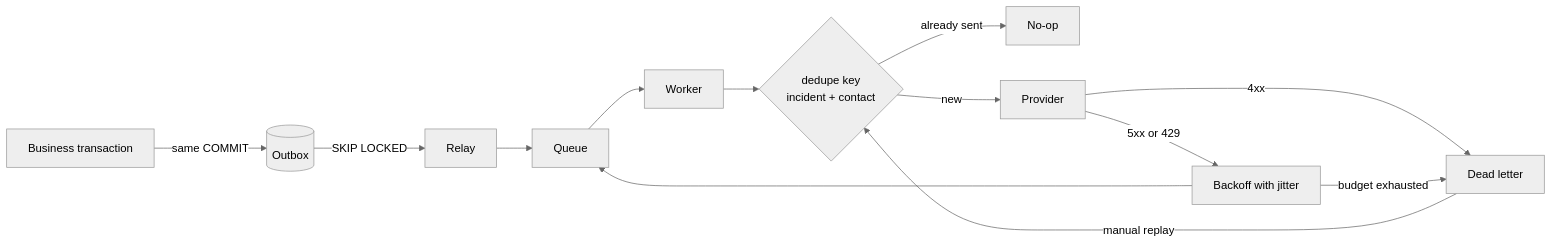
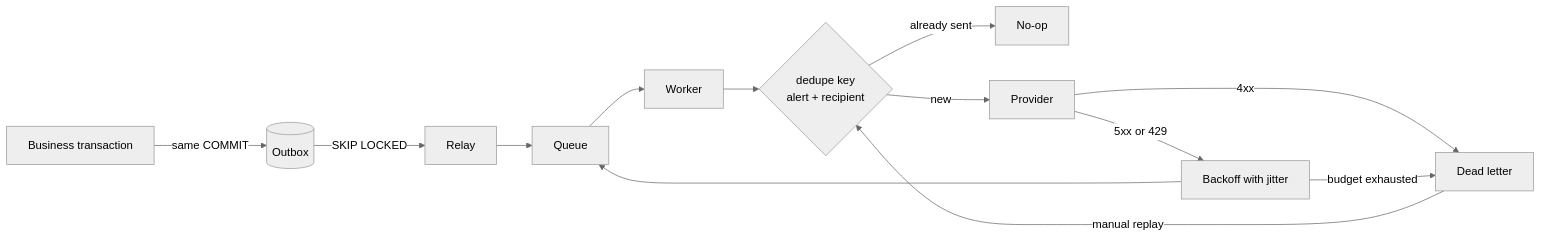
One commit to Sam12355/croppulse-alert-engine changed the diagram in README.md. Above: the diagram before and after it, drawn with Mermaid (neutral theme). The commit also changed other lines of this file and 26 other files, not shown here.

````diff
--- a/README.md
+++ b/README.md
@@ -32,15 +40,15 @@
 ```mermaid
 flowchart LR
     APP["Business transaction"] -->|"same COMMIT"| OUTBOX[("Outbox")]
     OUTBOX -->|"SKIP LOCKED"| RELAY["Relay"]
     RELAY --> QUEUE["Queue"]
     QUEUE --> WORKER["Worker"]
-    WORKER --> DEDUPE{"dedupe key<br/>incident + contact"}
+    WORKER --> DEDUPE{"dedupe key<br/>alert + recipient"}
     DEDUPE -->|"already sent"| DROP["No-op"]
     DEDUPE -->|"new"| SEND["Provider"]
     SEND -->|"5xx or 429"| RETRY["Backoff with jitter"]
     RETRY --> QUEUE
     SEND -->|"4xx"| DLQ["Dead letter"]
     RETRY -->|"budget exhausted"| DLQ
     DLQ -->|"manual replay"| DEDUPE
 ```
````
